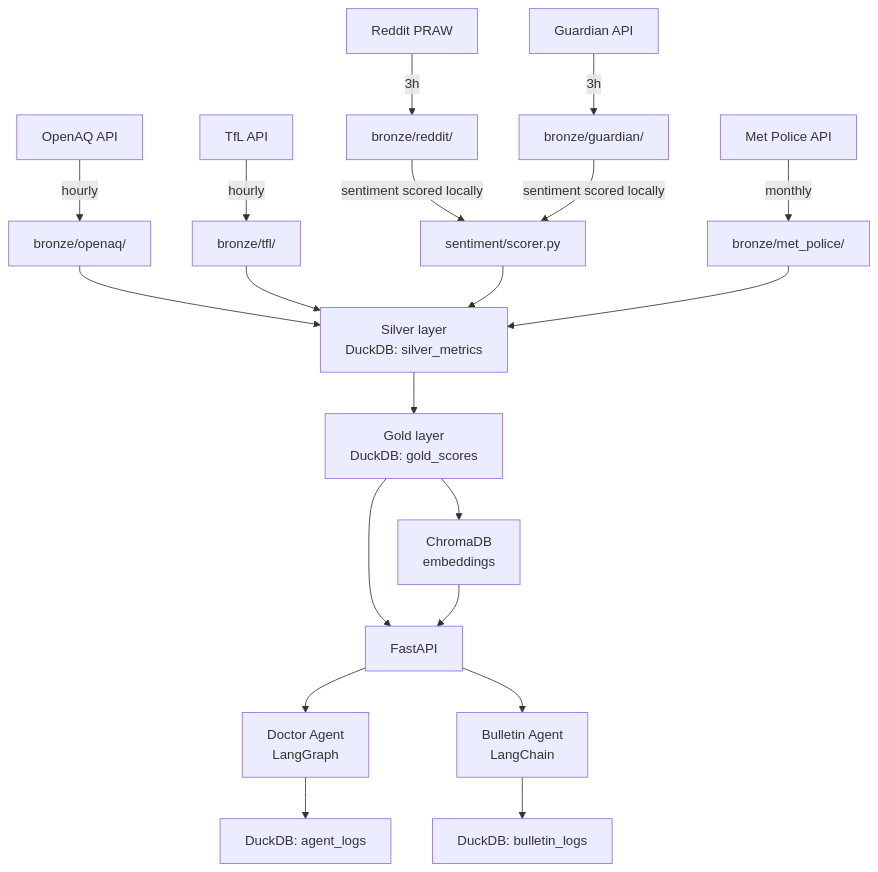
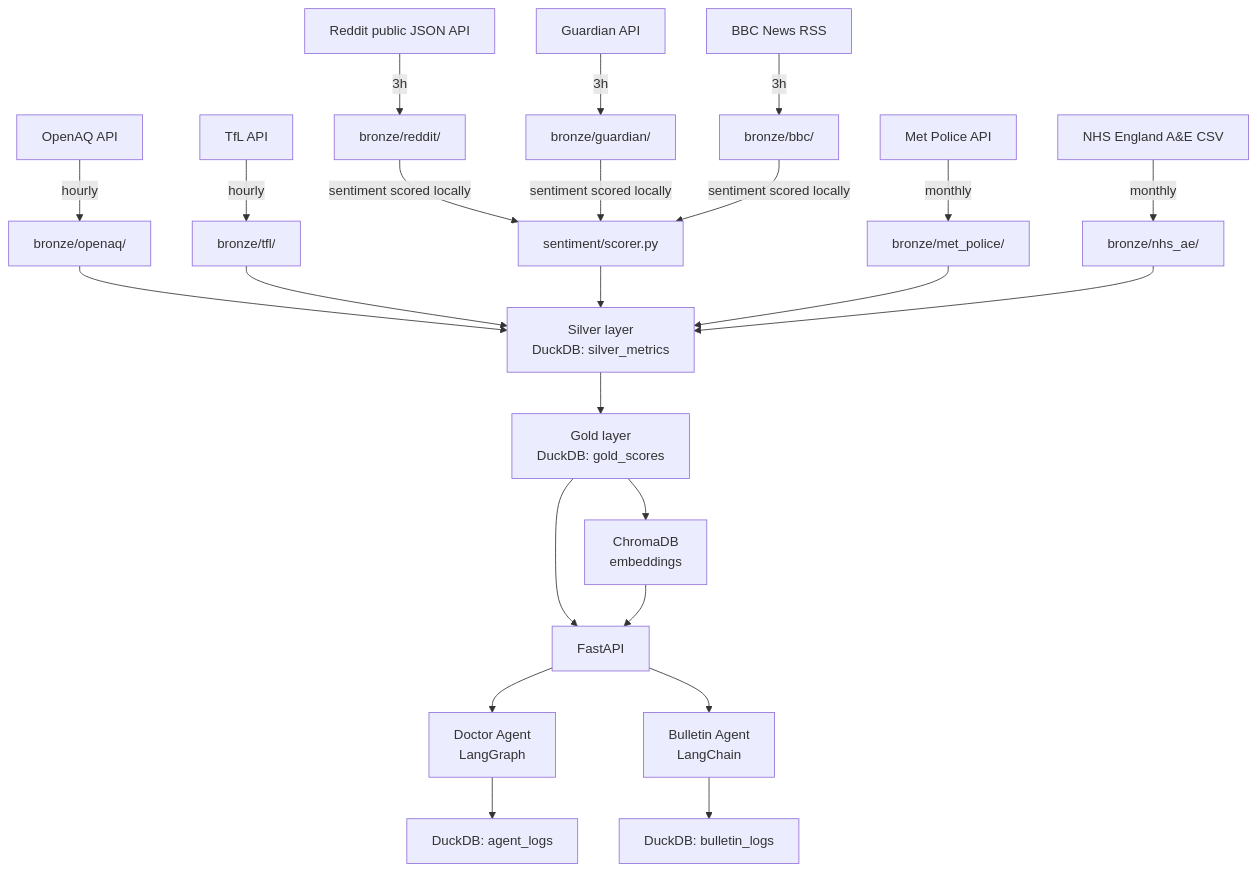
Before and after one commit to ryan-vanagt/city-scan-london: the diagram in docs/lineage.md, drawn with Mermaid. The commit also changed other lines of this file and 1 other file, not shown here.

Commit message:
fix: dynamic NHS financial year URL, update lineage diagram (BBC + NHS A&E, drop PRAW reference)

````diff
--- a/docs/lineage.md
+++ b/docs/lineage.md
@@ -5,25 +5,29 @@
 ```mermaid
 flowchart TD
     OQ[OpenAQ API] -->|hourly| B_OQ[bronze/openaq/]
     TFL[TfL API] -->|hourly| B_TFL[bronze/tfl/]
-    RD[Reddit PRAW] -->|3h| B_RD[bronze/reddit/]
+    RD[Reddit public JSON API] -->|3h| B_RD[bronze/reddit/]
     GD[Guardian API] -->|3h| B_GD[bronze/guardian/]
+    BBC[BBC News RSS] -->|3h| B_BBC[bronze/bbc/]
     MP[Met Police API] -->|monthly| B_MP[bronze/met_police/]
+    NHS[NHS England A&E CSV] -->|monthly| B_NHS[bronze/nhs_ae/]
 
     B_OQ --> S[Silver layer\nDuckDB: silver_metrics]
     B_TFL --> S
     B_RD -->|sentiment scored locally| SENT[sentiment/scorer.py]
     SENT --> S
     B_GD -->|sentiment scored locally| SENT
+    B_BBC -->|sentiment scored locally| SENT
     B_MP --> S
+    B_NHS --> S
 
     S --> G[Gold layer\nDuckDB: gold_scores]
     G --> CH[ChromaDB\nembeddings]
 
     G --> API[FastAPI]
     CH --> API
     API --> DA[Doctor Agent\nLangGraph]
     API --> BA[Bulletin Agent\nLangChain]
     DA --> LOGS[DuckDB: agent_logs]
     BA --> BLOGS[DuckDB: bulletin_logs]
 ```
````
